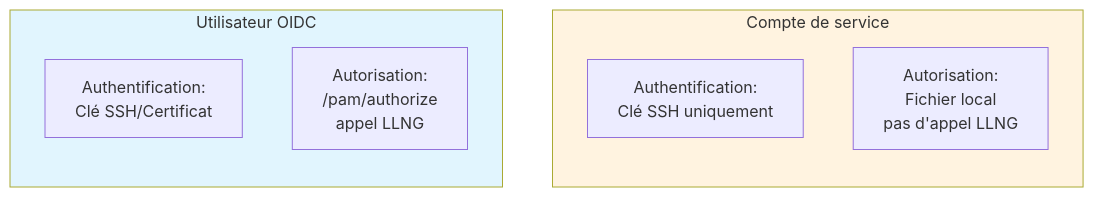
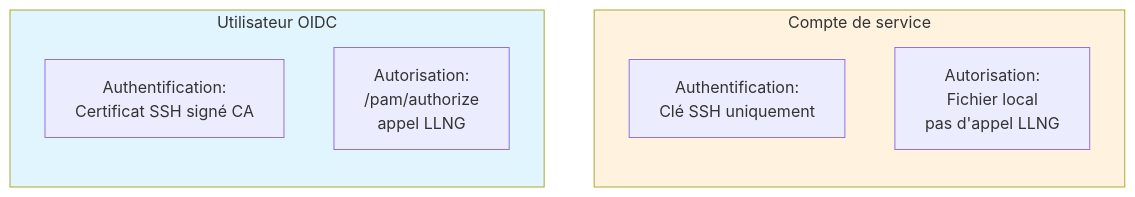
One commit to linagora/open-bastion changed the fourth of 5 diagrams in doc/security/02-ssh-connection.md. Above: the diagram before and after it, drawn with Mermaid. The commit also changed other lines of this file and 4 other files, not shown here.

````diff
--- a/doc/security/02-ssh-connection.md
+++ b/doc/security/02-ssh-connection.md
@@ -1587,19 +1108,19 @@
 ```mermaid
 flowchart LR
     subgraph OIDC["Utilisateur OIDC"]
         direction TB
-        A1[Authentification:<br/>Clé SSH/Certificat]
+        A1[Authentification:<br/>Certificat SSH signé CA]
         A2[Autorisation:<br/>/pam/authorize<br/>appel LLNG]
     end
 
     subgraph Service["Compte de service"]
         direction TB
         B1[Authentification:<br/>Clé SSH uniquement]
         B2[Autorisation:<br/>Fichier local<br/>pas d'appel LLNG]
     end
 
     OIDC ~~~ Service
 
     style OIDC fill:#e1f5fe
     style Service fill:#fff3e0
 ```
````
